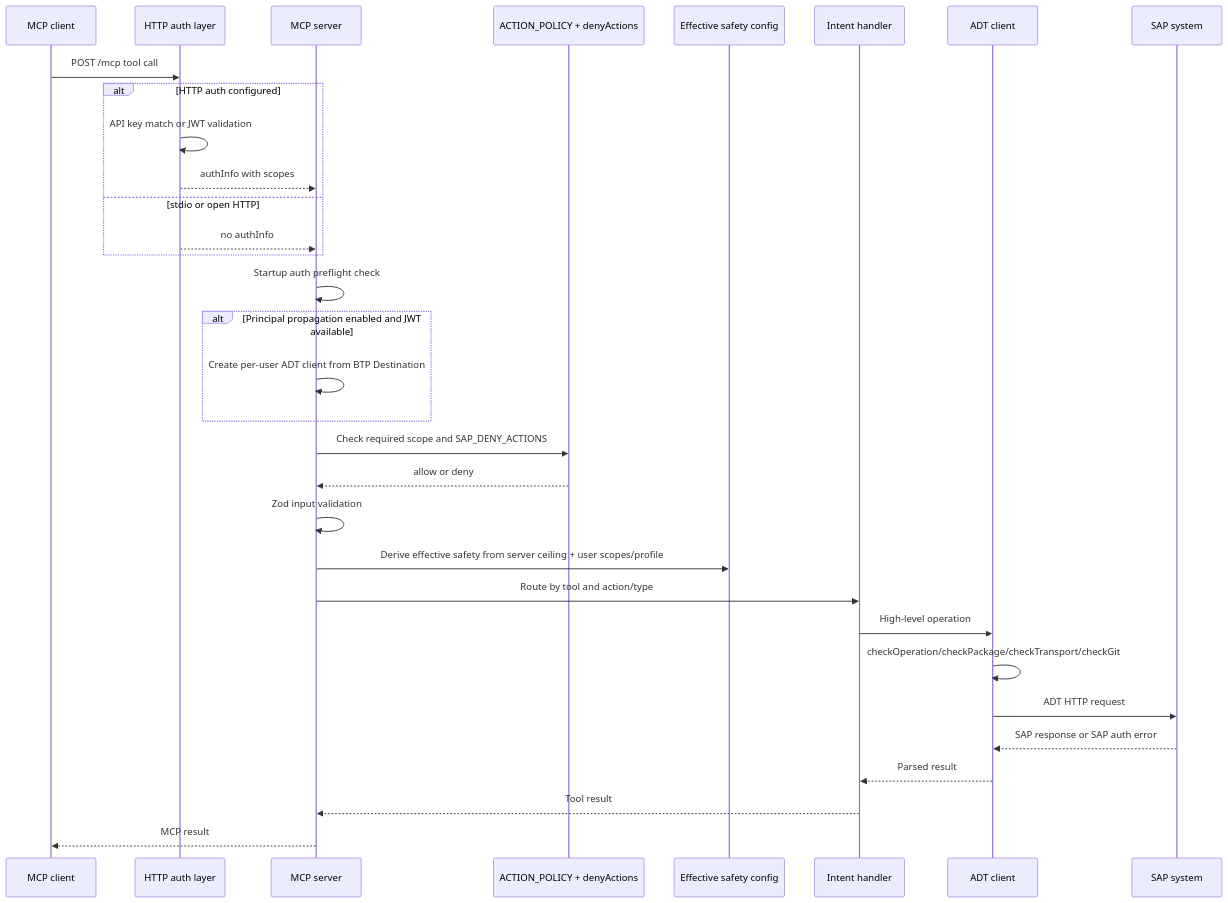
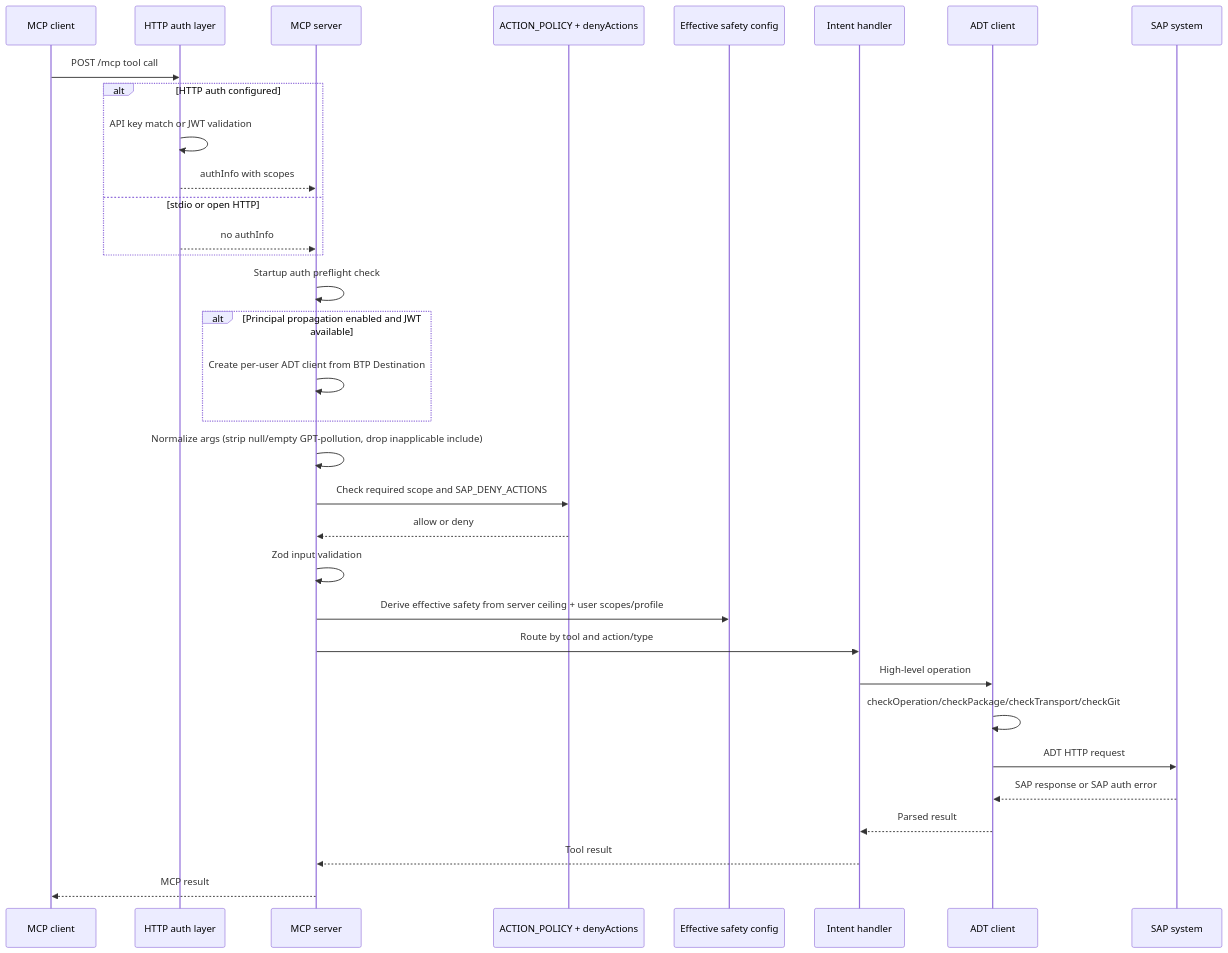
One commit to preikestolen/arc-1 changed the second of 8 diagrams in docs_page/architecture.md. Above: the diagram before and after it, drawn with Mermaid. The commit also changed 12 other files, not shown here.

First line of the commit message:
fix(handlers): harden tool-arg validation against GPT/OpenAI schema pollution (#363)

````diff
--- a/docs_page/architecture.md
+++ b/docs_page/architecture.md
@@ -100,37 +100,38 @@
 ```mermaid
 sequenceDiagram
     participant Client as MCP client
     participant HTTP as HTTP auth layer
     participant Server as MCP server
     participant Policy as ACTION_POLICY + denyActions
     participant Safety as Effective safety config
     participant Handler as Intent handler
     participant ADT as ADT client
     participant SAP as SAP system
 
     Client->>HTTP: POST /mcp tool call
     alt HTTP auth configured
         HTTP->>HTTP: API key match or JWT validation
         HTTP-->>Server: authInfo with scopes
     else stdio or open HTTP
         HTTP-->>Server: no authInfo
     end
 
     Server->>Server: Startup auth preflight check
     alt Principal propagation enabled and JWT available
         Server->>Server: Create per-user ADT client from BTP Destination
     end
 
+    Server->>Server: Normalize args (strip null/empty GPT-pollution, drop inapplicable include)
     Server->>Policy: Check required scope and SAP_DENY_ACTIONS
     Policy-->>Server: allow or deny
     Server->>Server: Zod input validation
     Server->>Safety: Derive effective safety from server ceiling + user scopes/profile
     Server->>Handler: Route by tool and action/type
     Handler->>ADT: High-level operation
     ADT->>ADT: checkOperation/checkPackage/checkTransport/checkGit
     ADT->>SAP: ADT HTTP request
     SAP-->>ADT: SAP response or SAP auth error
     ADT-->>Handler: Parsed result
     Handler-->>Server: Tool result
     Server-->>Client: MCP result
 ```
````
